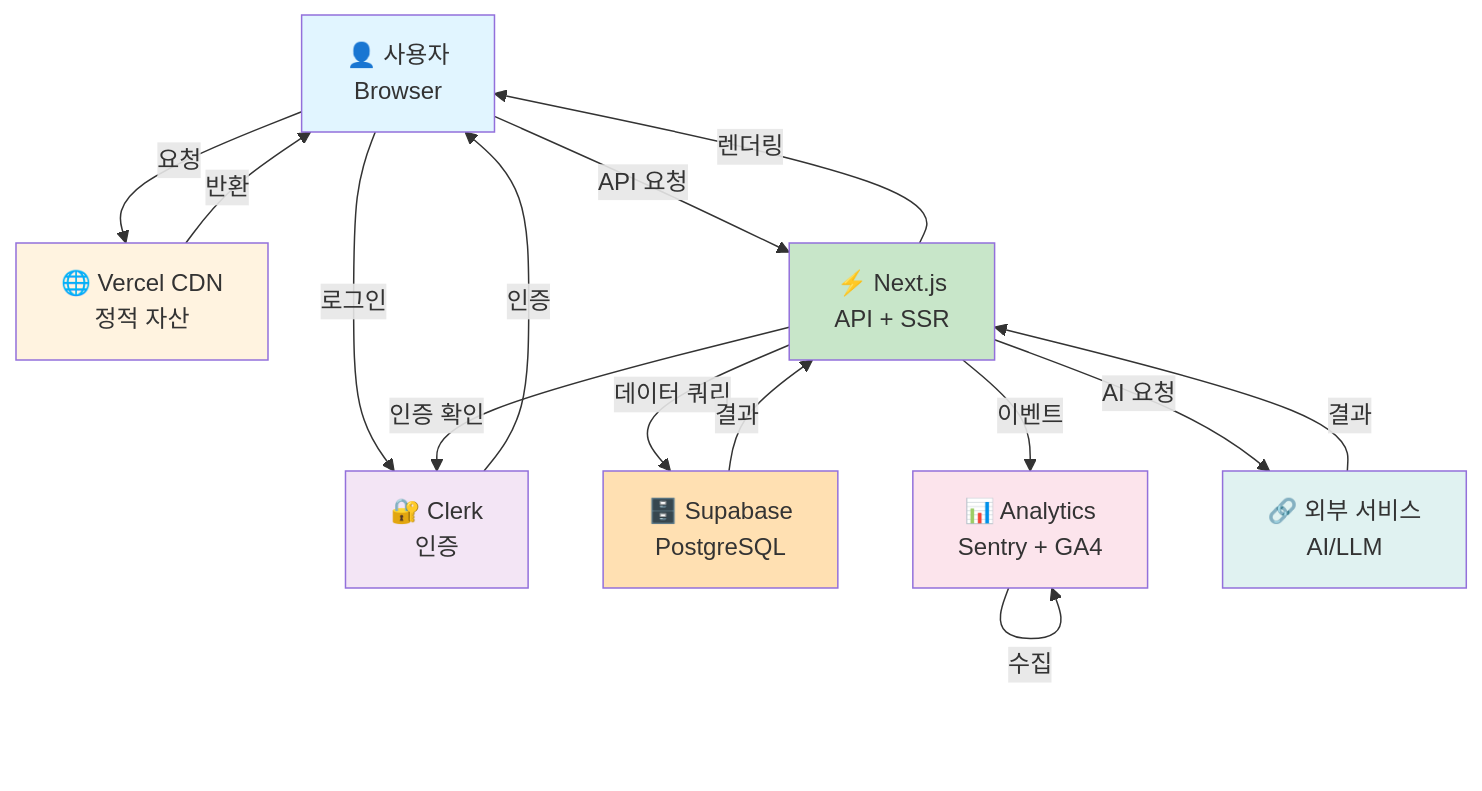
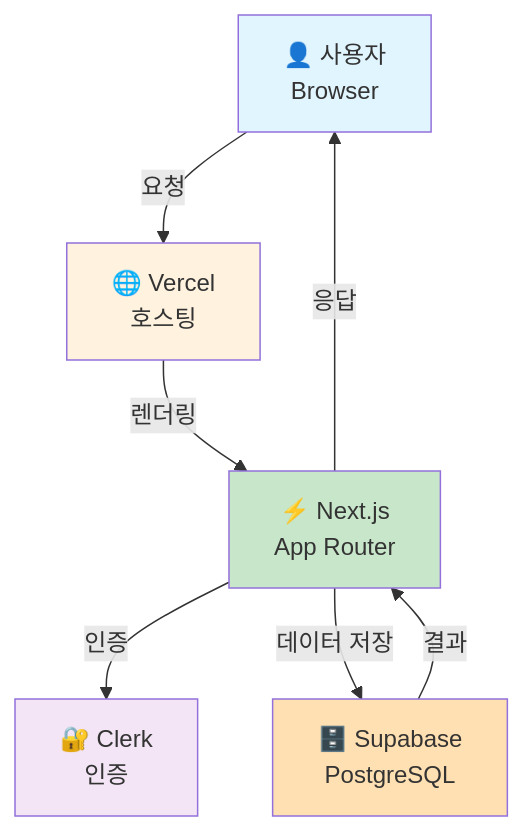
The first of 6 diagrams in docs/Mermaid.md (Kris-Young-Kim/ai-admp), drawn with Mermaid before and after one commit. The commit also changed other lines of this file and 18 other files, not shown here.

````diff
--- a/docs/Mermaid.md
+++ b/docs/Mermaid.md
@@ -9,39 +9,23 @@
 ```mermaid
 graph TB
     User["👤 사용자<br/>Browser"]
     
-    CDN["🌐 Vercel CDN<br/>정적 자산"]
-    Next["⚡ Next.js<br/>API + SSR"]
+    Vercel["🌐 Vercel<br/>호스팅"]
+    Next["⚡ Next.js<br/>App Router"]
     
     Clerk["🔐 Clerk<br/>인증"]
     Supabase["🗄️ Supabase<br/>PostgreSQL"]
-    Analytics["📊 Analytics<br/>Sentry + GA4"]
-    External["🔗 외부 서비스<br/>AI/LLM"]
     
-    User -->|요청| CDN
-    CDN -->|반환| User
-    
-    User -->|로그인| Clerk
-    Clerk -->|인증| User
-    
-    User -->|API 요청| Next
-    Next -->|인증 확인| Clerk
-    Next -->|데이터 쿼리| Supabase
+    User -->|요청| Vercel
+    Vercel -->|렌더링| Next
+    Next -->|인증| Clerk
+    Next -->|데이터 저장| Supabase
     Supabase -->|결과| Next
-    
-    Next -->|이벤트| Analytics
-    Analytics -->|수집| Analytics
-    
-    Next -->|AI 요청| External
-    External -->|결과| Next
-    
-    Next -->|렌더링| User
+    Next -->|응답| User
     
     style User fill:#e1f5ff
-    style CDN fill:#fff3e0
+    style Vercel fill:#fff3e0
     style Next fill:#c8e6c9
     style Clerk fill:#f3e5f5
     style Supabase fill:#ffe0b2
-    style Analytics fill:#fce4ec
-    style External fill:#e0f2f1
 ```
````
